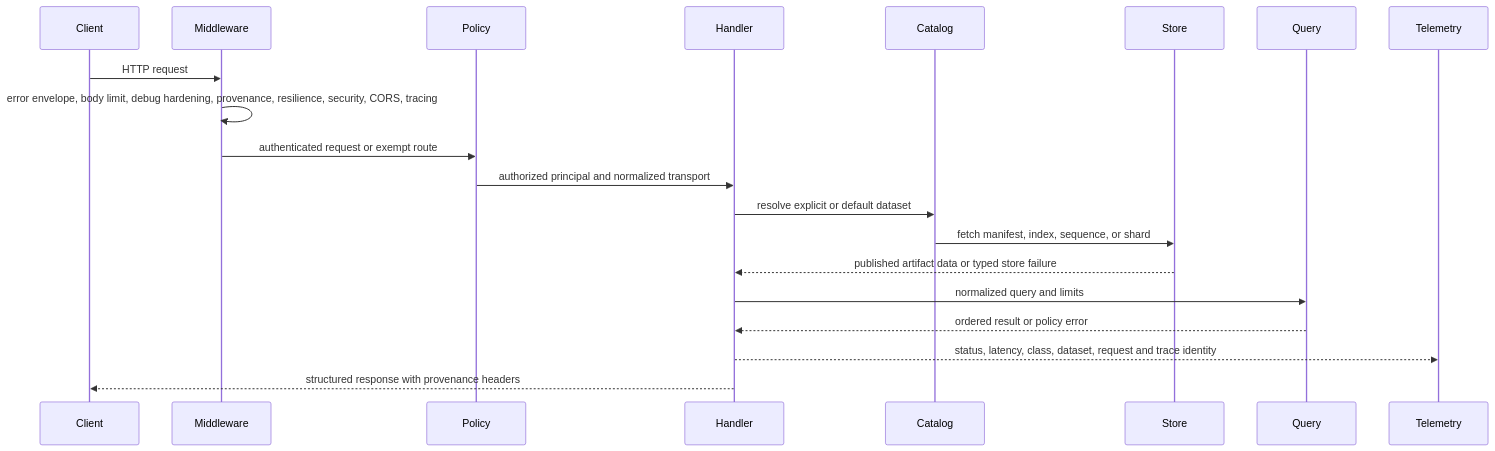
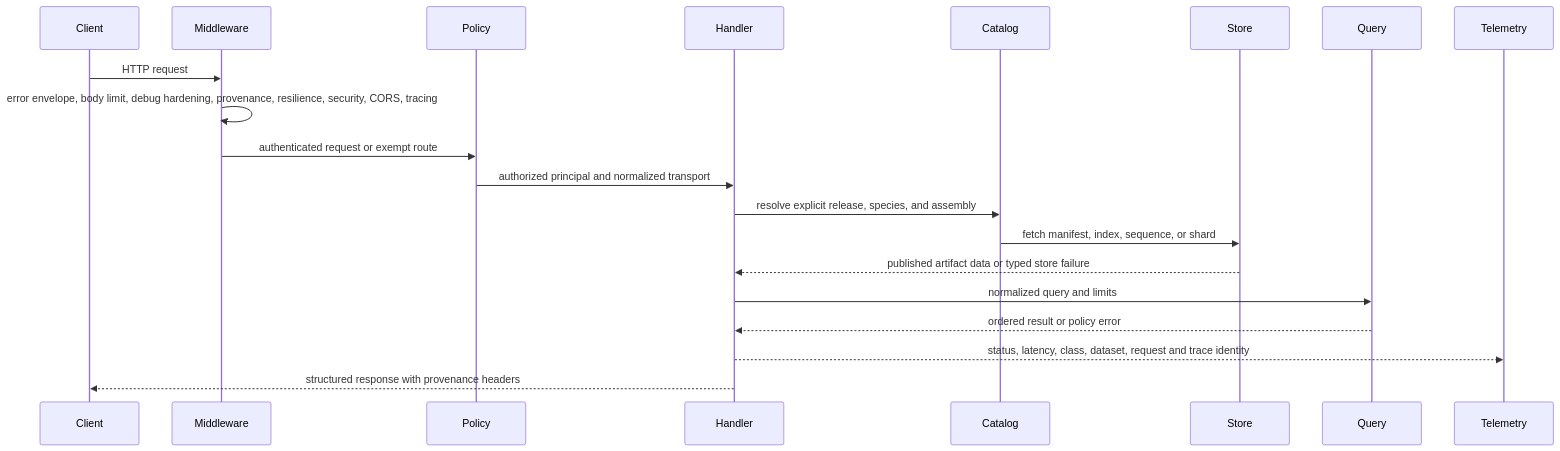
Before and after one commit to bijux/bijux-atlas: the first of 4 diagrams in docs/bijux-atlas/runtime/request-lifecycle.md, drawn with Mermaid. The commit also changed other lines of this file and 3 other files, not shown here.

Commit message:
docs(architecture): trace request and artifact authority

````diff
--- a/docs/bijux-atlas/runtime/request-lifecycle.md
+++ b/docs/bijux-atlas/runtime/request-lifecycle.md
@@ -19,22 +19,22 @@
 ```mermaid
 sequenceDiagram
     participant Client
     participant Middleware
     participant Policy
     participant Handler
     participant Catalog
     participant Store
     participant Query
     participant Telemetry
     Client->>Middleware: HTTP request
     Middleware->>Middleware: error envelope, body limit, debug hardening, provenance, resilience, security, CORS, tracing
     Middleware->>Policy: authenticated request or exempt route
     Policy->>Handler: authorized principal and normalized transport
-    Handler->>Catalog: resolve explicit or default dataset
+    Handler->>Catalog: resolve explicit release, species, and assembly
     Catalog->>Store: fetch manifest, index, sequence, or shard
     Store-->>Handler: published artifact data or typed store failure
     Handler->>Query: normalized query and limits
     Query-->>Handler: ordered result or policy error
     Handler-->>Telemetry: status, latency, class, dataset, request and trace identity
     Handler-->>Client: structured response with provenance headers
 ```
````
